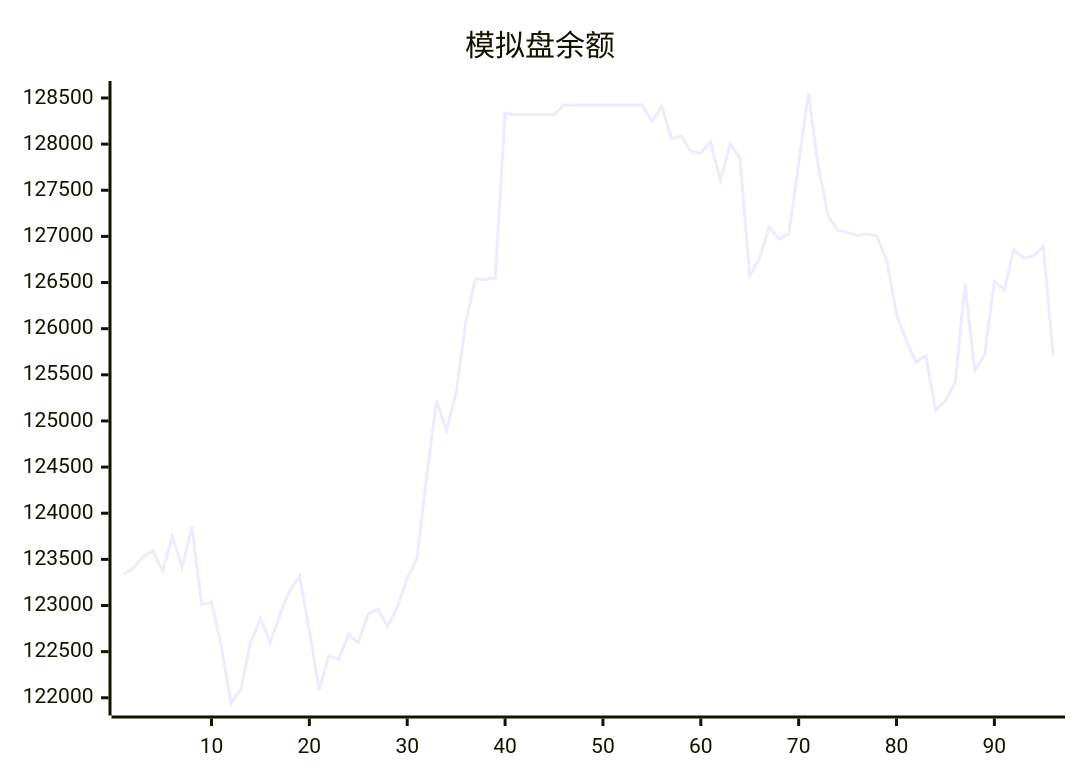
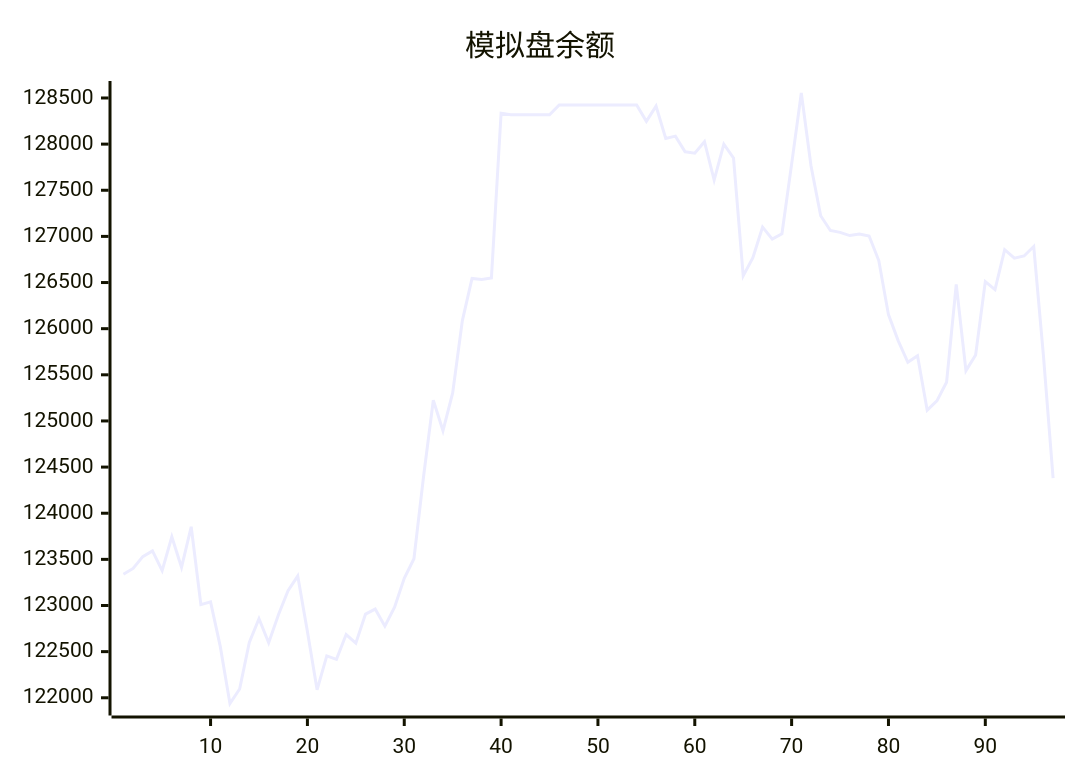
Before and after one commit to aahl/ai-trading: the diagram in README.md, drawn with Mermaid. The commit also changed other lines of this file and 1 other file, not shown here.

````diff
--- a/README.md
+++ b/README.md
@@ -5,5 +5,5 @@
 ```mermaid
 xychart
     title "模拟盘余额"
-    line [123338,123402,123530,123592,123378,123745,123413,123853,123009,123040,122557,121938,122095,122599,122856,122597,122898,123160,123319,122719,122087,122454,122416,122685,122592,122907,122961,122776,122981,123295,123507,124403,125224,124894,125303,126088,126544,126534,126549,128335,128318,128318,128318,128318,128318,128424,128424,128424,128424,128424,128424,128424,128424,128424,128247,128412,128062,128087,127917,127901,128026,127611,128000,127850,126572,126770,127100,126971,127029,127783,128554,127765,127224,127064,127044,127009,127025,127004,126738,126152,125871,125635,125707,125117,125217,125420,126480,125545,125715,126511,126424,126856,126764,126788,126890,125710]
+    line [123338,123402,123530,123592,123378,123745,123413,123853,123009,123040,122557,121938,122095,122599,122856,122597,122898,123160,123319,122719,122087,122454,122416,122685,122592,122907,122961,122776,122981,123295,123507,124403,125224,124894,125303,126088,126544,126534,126549,128335,128318,128318,128318,128318,128318,128424,128424,128424,128424,128424,128424,128424,128424,128424,128247,128412,128062,128087,127917,127901,128026,127611,128000,127850,126572,126770,127100,126971,127029,127783,128554,127765,127224,127064,127044,127009,127025,127004,126738,126152,125871,125635,125707,125117,125217,125420,126480,125545,125715,126511,126424,126856,126764,126788,126890,125710,124381]
 ```
````
